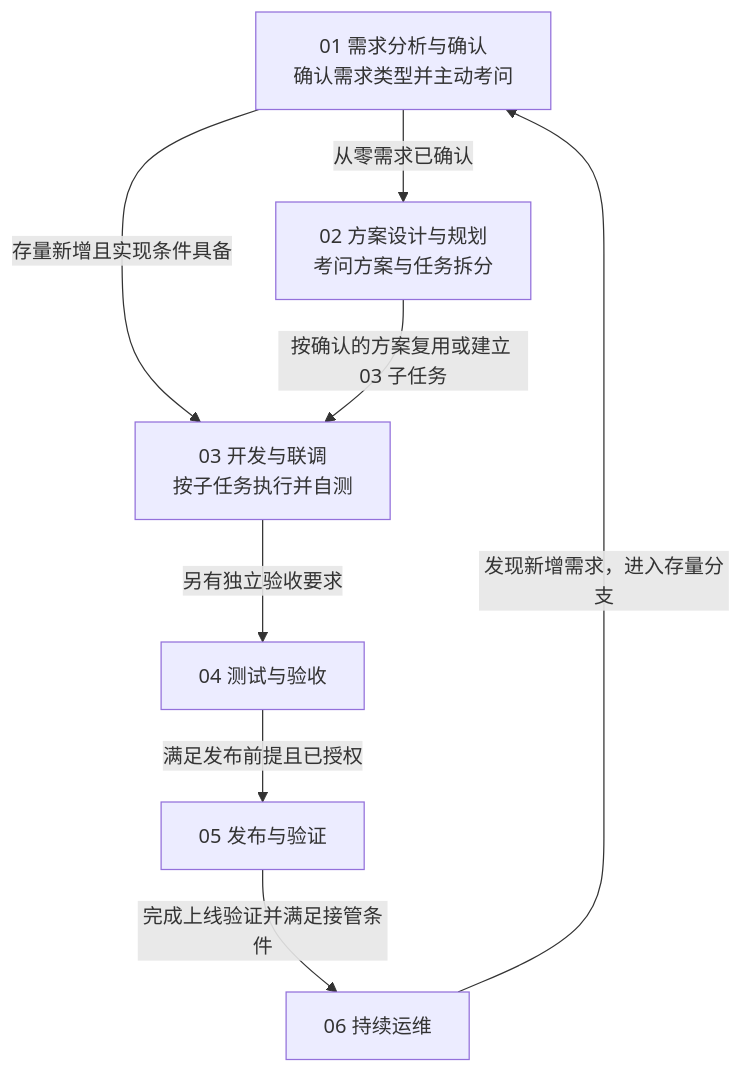
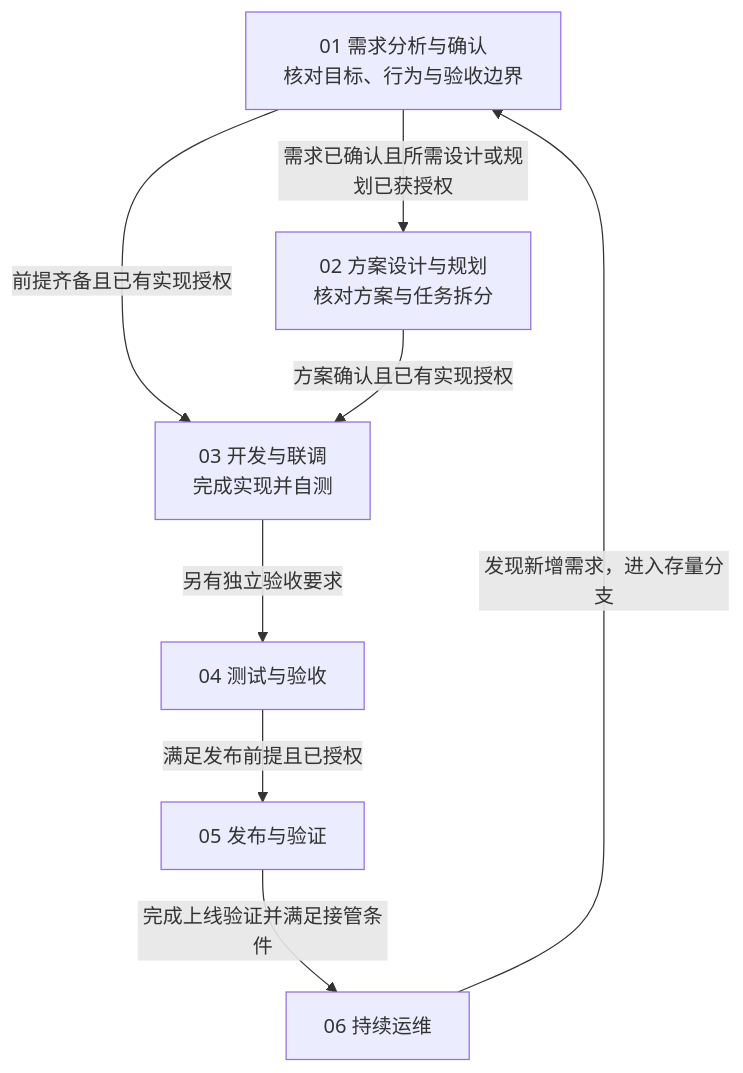
Before and after one commit to super1888/engineering-loop: the second of 3 diagrams in docs/ROUTING.zh-CN.md, drawn with Mermaid. The commit also changed other lines of this file, not shown here.

````diff
--- a/docs/ROUTING.zh-CN.md
+++ b/docs/ROUTING.zh-CN.md
@@ -112,10 +112,10 @@
 ```mermaid
 flowchart TD
-    Req["01 需求分析与确认<br/>确认需求类型并主动考问"] -->|从零需求已确认| Design["02 方案设计与规划<br/>考问方案与任务拆分"]
-    Req -->|存量新增且实现条件具备| Dev["03 开发与联调<br/>按子任务执行并自测"]
-    Design -->|按确认的方案复用或建立 03 子任务| Dev
+    Req["01 需求分析与确认<br/>核对目标、行为与验收边界"] -->|需求已确认且所需设计或规划已获授权| Design["02 方案设计与规划<br/>核对方案与任务拆分"]
+    Req -->|前提齐备且已有实现授权| Dev["03 开发与联调<br/>完成实现并自测"]
+    Design -->|方案确认且已有实现授权| Dev
     Dev -->|另有独立验收要求| Test["04 测试与验收"]
     Test -->|满足发布前提且已授权| Release["05 发布与验证"]
     Release -->|完成上线验证并满足接管条件| Ops["06 持续运维"]
     Ops -->|发现新增需求，进入存量分支| Req
 ```
````
